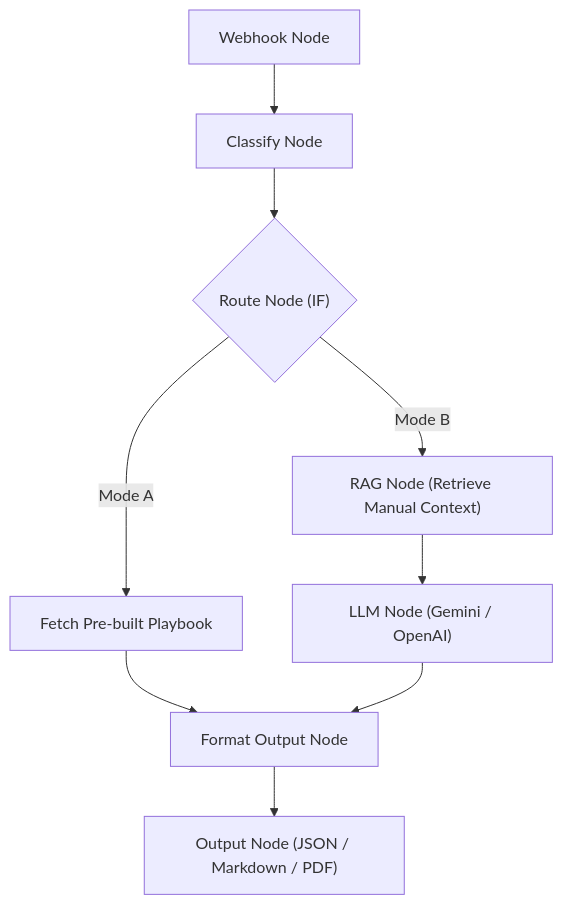
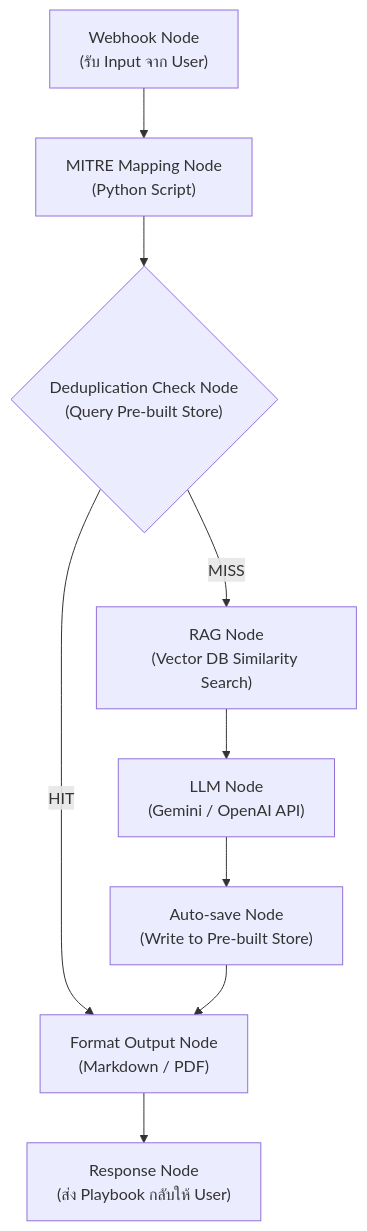
The fifth of 8 diagrams in architecture.md (Chaithawatcer/omnissiah-playbook-workflow), drawn with Mermaid before and after one commit. The commit also changed other lines of this file, not shown here.

Commit message:
Upgrade to Fully Automated Architecture with RAG, Vector DB, Deduplication, and Auto-save

````diff
--- a/architecture.md
+++ b/architecture.md
@@ -80,11 +96,15 @@
 ```mermaid
 graph TD
-    webhook["Webhook Node"] --> classify["Classify Node"]
-    classify --> route{"Route Node (IF)"}
-    route -- "Mode A" --> fetch["Fetch Pre-built Playbook"]
-    route -- "Mode B" --> rag["RAG Node (Retrieve Manual Context)"]
-    rag --> llm["LLM Node (Gemini / OpenAI)"]
-    fetch --> format["Format Output Node"]
-    llm --> format
-    format --> output["Output Node (JSON / Markdown / PDF)"]
+    A["Webhook Node\n(รับ Input จาก User)"]
+    B["MITRE Mapping Node\n(Python Script)"]
+    C{"Deduplication Check Node\n(Query Pre-built Store)"}
+    D["RAG Node\n(Vector DB Similarity Search)"]
+    E["LLM Node\n(Gemini / OpenAI API)"]
+    F["Auto-save Node\n(Write to Pre-built Store)"]
+    G["Format Output Node\n(Markdown / PDF)"]
+    H["Response Node\n(ส่ง Playbook กลับให้ User)"]
+
+    A --> B --> C
+    C -- "HIT" --> G
+    C -- "MISS" --> D --> E --> F --> G --> H
 ```
````
